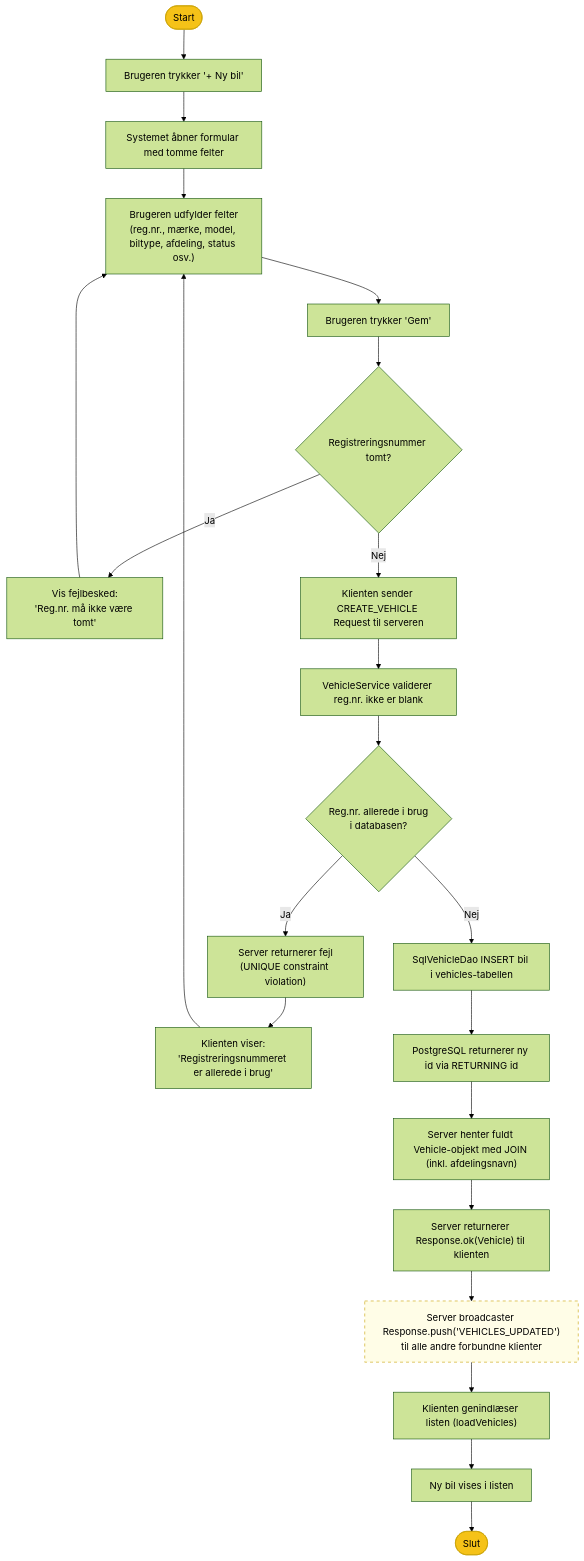
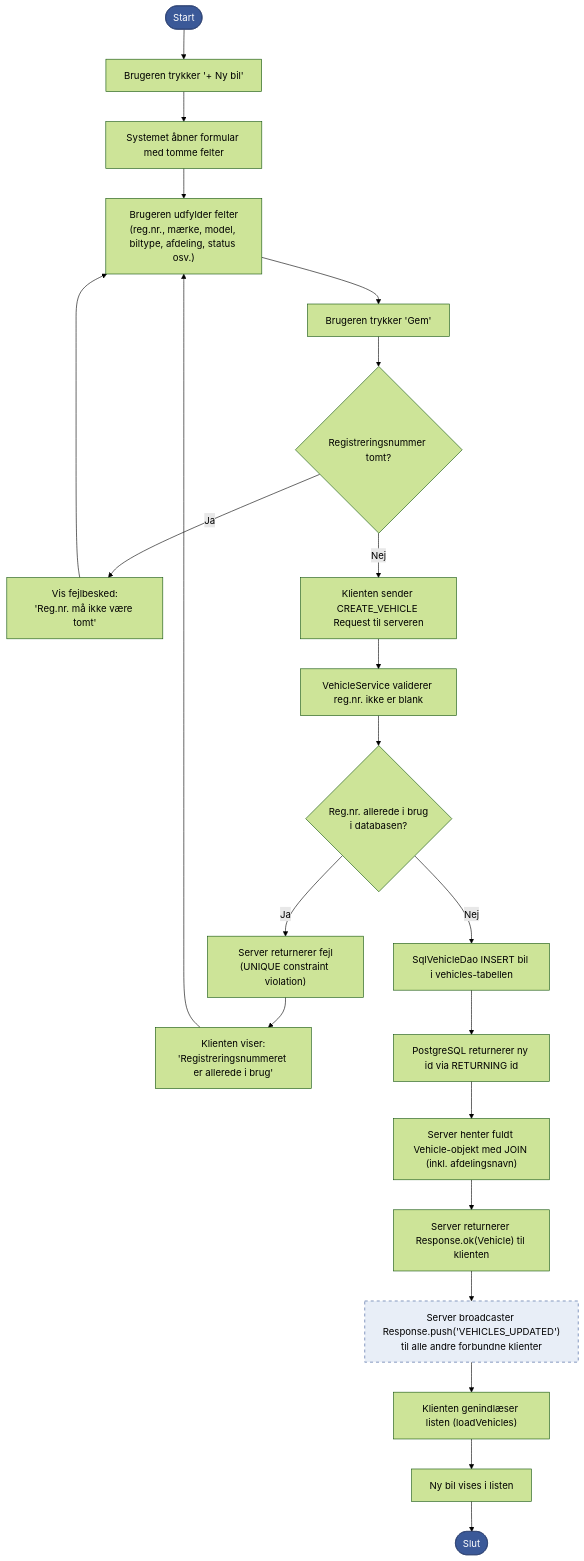
The diagram in diagrams/activity_uc04_create_vehicle.md (JenosanJudes/FleetManager_SEP2), drawn with Mermaid (forest theme) before and after one commit. The commit also changed 6 other files, not shown here.

````diff
--- a/diagrams/activity_uc04_create_vehicle.md
+++ b/diagrams/activity_uc04_create_vehicle.md
@@ -5,32 +5,32 @@
 ```mermaid
 flowchart TD
     A([Start]) --> B["Brugeren trykker '+ Ny bil'"]
     B --> C["Systemet åbner formular med tomme felter"]
     C --> D["Brugeren udfylder felter\n(reg.nr., mærke, model, biltype, afdeling, status osv.)"]
     D --> E["Brugeren trykker 'Gem'"]
     E --> F{Registreringsnummer tomt?}
 
     F -- Ja --> G["Vis fejlbesked:\n'Reg.nr. må ikke være tomt'"]
     G --> D
 
     F -- Nej --> H["Klienten sender CREATE_VEHICLE Request til serveren"]
     H --> I["VehicleService validerer reg.nr. ikke er blank"]
     I --> J{Reg.nr. allerede i brug\ni databasen?}
 
     J -- Ja --> K["Server returnerer fejl\n(UNIQUE constraint violation)"]
     K --> L["Klienten viser:\n'Registreringsnummeret er allerede i brug'"]
     L --> D
 
     J -- Nej --> M["SqlVehicleDao INSERT bil i vehicles-tabellen"]
     M --> N["PostgreSQL returnerer ny id via RETURNING id"]
     N --> O["Server henter fuldt Vehicle-objekt med JOIN (inkl. afdelingsnavn)"]
     O --> P["Server returnerer Response.ok(Vehicle) til klienten"]
     P --> Q["Server broadcaster Response.push('VEHICLES_UPDATED')\ntil alle andre forbundne klienter"]
     Q --> R["Klienten genindlæser listen (loadVehicles)"]
     R --> S["Ny bil vises i listen"]
     S --> T([Slut])
 
-    style A fill:#f5c218,color:#000,stroke:#c8a000
-    style T fill:#f5c218,color:#000,stroke:#c8a000
-    style Q fill:#fffde7,stroke:#c8a000,stroke-dasharray:5 5
+    style A fill:#3B5998,color:#fff,stroke:#2C4170
+    style T fill:#3B5998,color:#fff,stroke:#2C4170
+    style Q fill:#E8EEF7,stroke:#3B5998,stroke-dasharray:5 5
 ```
````
